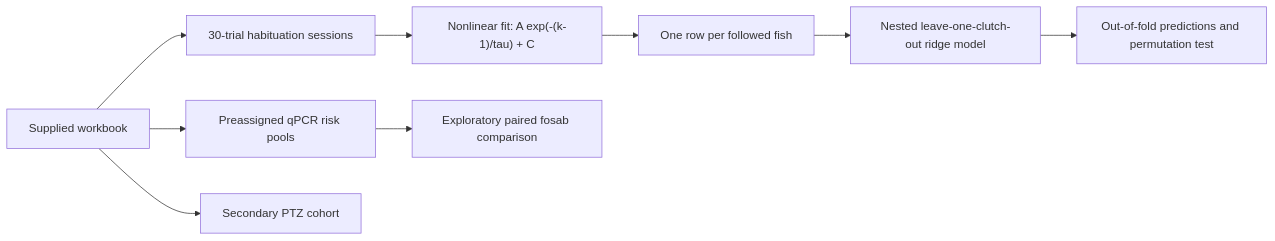
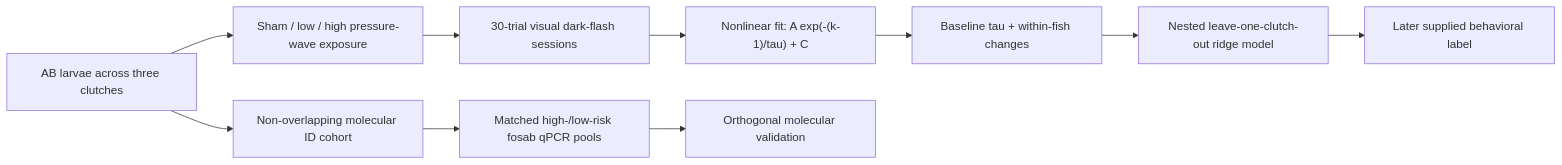
The diagram in README.md (josephreggy23-coder/Behavioral-PTE), drawn with Mermaid before and after one commit. The commit also changed other lines of this file and 8 other files, not shown here.

````diff
--- a/README.md
+++ b/README.md
@@ -57,11 +101,12 @@
 ```mermaid
 flowchart LR
-    A["Supplied workbook"] --> B["30-trial habituation sessions"]
-    B --> C["Nonlinear fit: A exp(-(k-1)/tau) + C"]
-    C --> D["One row per followed fish"]
-    D --> E["Nested leave-one-clutch-out ridge model"]
-    E --> F["Out-of-fold predictions and permutation test"]
-    A --> G["Preassigned qPCR risk pools"]
-    G --> H["Exploratory paired fosab comparison"]
-    A --> I["Secondary PTZ cohort"]
+    A["AB larvae across three clutches"] --> B["Sham / low / high pressure-wave exposure"]
+    B --> C["30-trial visual dark-flash sessions"]
+    C --> D["Nonlinear fit: A exp(-(k-1)/tau) + C"]
+    D --> E["Baseline tau + within-fish changes"]
+    E --> F["Nested leave-one-clutch-out ridge model"]
+    F --> G["Later supplied behavioral label"]
+    A --> H["Non-overlapping molecular ID cohort"]
+    H --> I["Matched high-/low-risk fosab qPCR pools"]
+    I --> J["Orthogonal molecular validation"]
 ```
````
